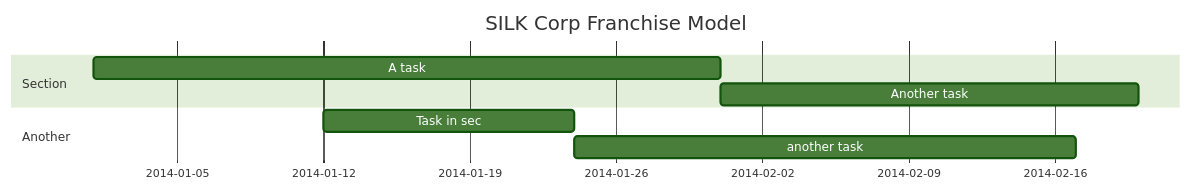
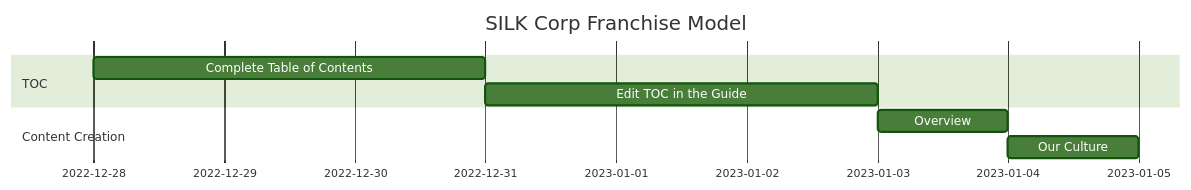
One commit to sizzzy/Silk-Corp-Guide changed the second of 2 diagrams in research/roadmap.md. Above: the diagram before and after it, drawn with Mermaid (forest theme). The commit also changed other lines of this file, not shown here.

Commit message:
Updated section

````diff
--- a/research/roadmap.md
+++ b/research/roadmap.md
@@ -19,11 +21,13 @@
 ```mermaid
 gantt
     title SILK Corp Franchise Model
     dateFormat  YYYY-MM-DD
-    section Section
-    A task           :a1, 2014-01-01, 30d
-    Another task     :after a1  , 20d
-    section Another
-    Task in sec      :2014-01-12  , 12d
-    another task      : 24d
+
+    section TOC
+    Complete Table of Contents    :a1, 2022-12-28, 3d
+    Edit TOC in the Guide          :3d
+
+    section Content Creation
+    Overview      :2023-01-03, 1d
+    Our Culture      : 1d
 ```
````
